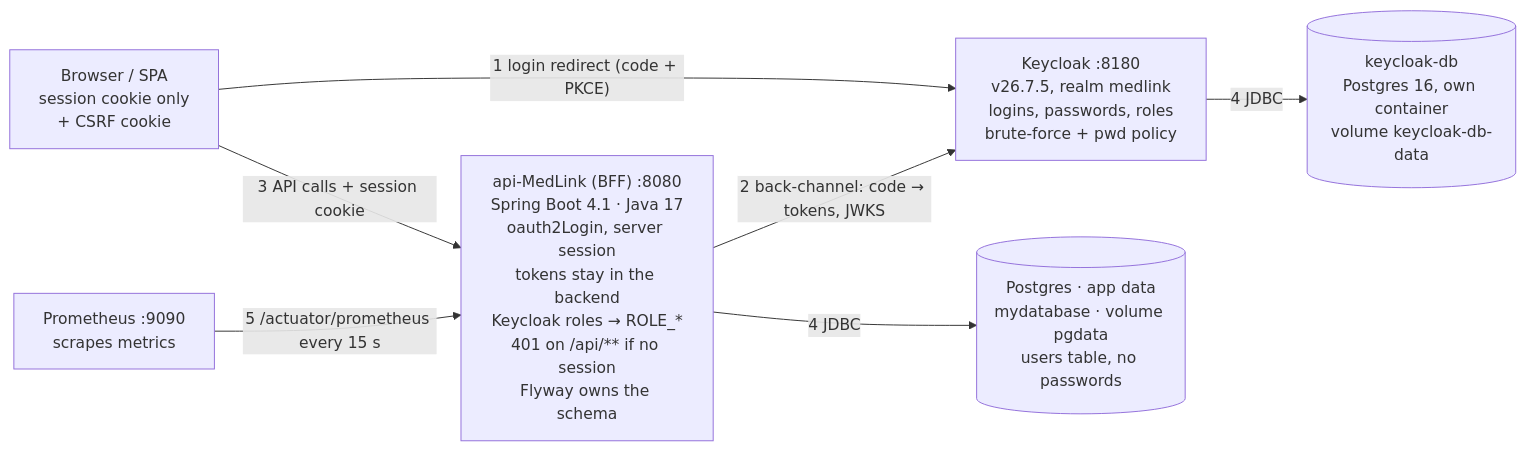
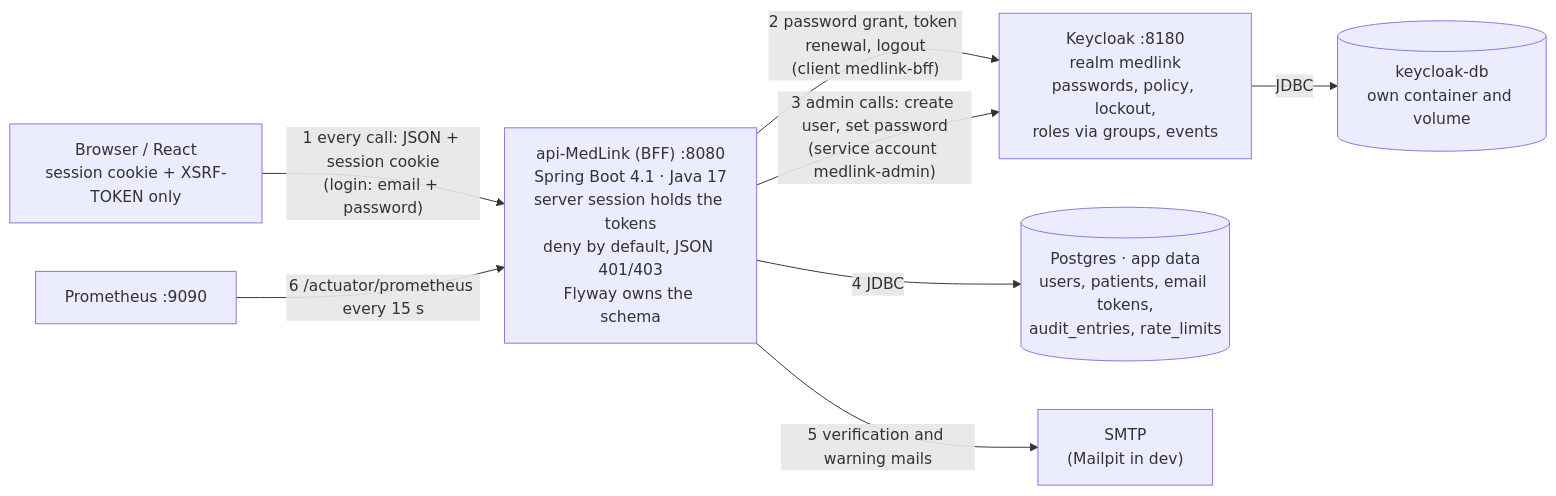
One commit to assali-mohamed-ali/api-MedLink changed the first of 5 diagrams in docs/ARCHITECTURE.md. Above: the diagram before and after it, drawn with Mermaid. The commit also changed other lines of this file and 2 other files, not shown here.

First line of the commit message:
docs: architecture and threat model match the password-grant BFF

````diff
--- a/docs/ARCHITECTURE.md
+++ b/docs/ARCHITECTURE.md
@@ -53,15 +33,17 @@
 ```mermaid
 flowchart LR
-  BR["Browser / SPA<br/>session cookie only<br/>+ CSRF cookie"]
-  BFF["api-MedLink (BFF) :8080<br/>Spring Boot 4.1 · Java 17<br/>oauth2Login, server session<br/>tokens stay in the backend<br/>Keycloak roles → ROLE_*<br/>401 on /api/** if no session<br/>Flyway owns the schema"]
-  KC["Keycloak :8180<br/>v26.7.5, realm medlink<br/>logins, passwords, roles<br/>brute-force + pwd policy"]
-  KCDB[("keycloak-db<br/>Postgres 16, own container<br/>volume keycloak-db-data")]
-  APPDB[("Postgres · app data<br/>mydatabase · volume pgdata<br/>users table, no passwords")]
-  PROM["Prometheus :9090<br/>scrapes metrics"]
-  BR -- "1 login redirect (code + PKCE)" --> KC
-  BR -- "3 API calls + session cookie" --> BFF
-  BFF -- "2 back-channel: code → tokens, JWKS" --> KC
-  KC -- "4 JDBC" --> KCDB
-  BFF -- "4 JDBC" --> APPDB
-  PROM -- "5 /actuator/prometheus every 15 s" --> BFF
+  BR["Browser / React<br/>session cookie + XSRF-TOKEN only"]
+  API["api-MedLink (BFF) :8080<br/>Spring Boot 4.1 · Java 17<br/>server session holds the tokens<br/>deny by default, JSON 401/403<br/>Flyway owns the schema"]
+  KC["Keycloak :8180<br/>realm medlink<br/>passwords, policy, lockout,<br/>roles via groups, events"]
+  KCDB[("keycloak-db<br/>own container and volume")]
+  APPDB[("Postgres · app data<br/>users, patients, email tokens,<br/>audit_entries, rate_limits")]
+  MAIL["SMTP<br/>(Mailpit in dev)"]
+  PROM["Prometheus :9090"]
+  BR -- "1 every call: JSON + session cookie<br/>(login: email + password)" --> API
+  API -- "2 password grant, token renewal, logout<br/>(client medlink-bff)" --> KC
+  API -- "3 admin calls: create user, set password<br/>(service account medlink-admin)" --> KC
+  API -- "4 JDBC" --> APPDB
+  KC -- "JDBC" --> KCDB
+  API -- "5 verification and warning mails" --> MAIL
+  PROM -- "6 /actuator/prometheus every 15 s" --> API
 ```
````
